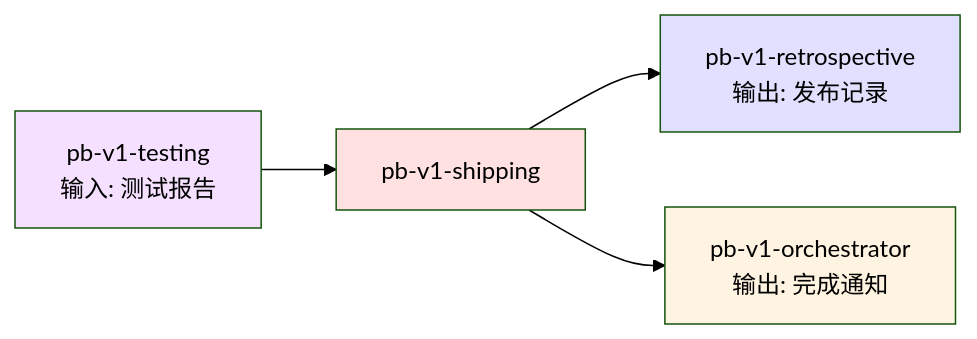
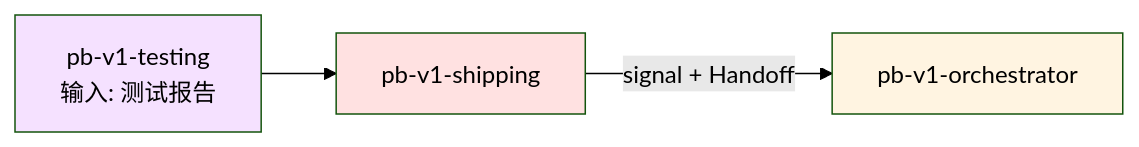
One commit to chenchiyuan/powerby-skills changed the second of 2 diagrams in skills/pb-v1-shipping/SKILL.md. Above: the diagram before and after it, drawn with Mermaid (forest theme). The commit also changed other lines of this file and 58 other files, not shown here.

````diff
--- a/skills/pb-v1-shipping/SKILL.md
+++ b/skills/pb-v1-shipping/SKILL.md
@@ -408,11 +480,9 @@
 ```mermaid
 graph LR
     TST[pb-v1-testing<br/>输入: 测试报告] --> SHP[pb-v1-shipping]
-    SHP --> RET[pb-v1-retrospective<br/>输出: 发布记录]
-    SHP --> ORC[pb-v1-orchestrator<br/>输出: 完成通知]
+    SHP -->|signal + Handoff| ORC[pb-v1-orchestrator]
     
     style TST fill:#f5e1ff
     style SHP fill:#ffe1e1
-    style RET fill:#e1e1ff
     style ORC fill:#fff4e1
 ```
````
